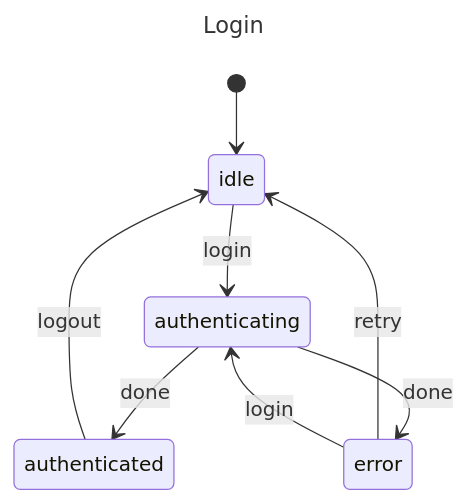
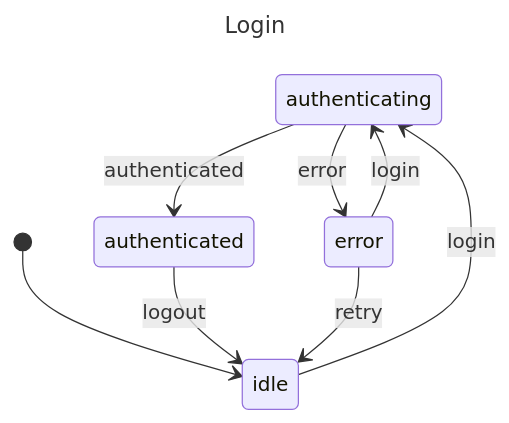
Before and after one commit to Masquerade-Circus/x-robot: the second of 2 diagrams in docs/recipes/login-flow.md, drawn with Mermaid. The commit also changed other lines of this file and 145 other files, not shown here.

Commit message:
refactor: regenerate docs and mermaid implementation

````diff
--- a/docs/recipes/login-flow.md
+++ b/docs/recipes/login-flow.md
@@ -59,27 +93,30 @@
 ```mermaid
 ---
 title: Login
 ---
 
 stateDiagram-v2
 
 classDef danger fill:#f8d7da,stroke:#721c24,stroke-width:2px,text-align:left,color:#721c24
 classDef warning fill:#fff3cd,stroke:#856404,stroke-width:2px,text-align:left,color:#856404
 classDef success fill:#d4edda,stroke:#155724,stroke-width:2px,text-align:left,color:#155724
 classDef primary fill:#cce5ff,stroke:#004085,stroke-width:2px,text-align:left,color:#004085
 classDef info fill:#d1ecf1,stroke:#0c5460,stroke-width:2px,text-align:left,color:#0c5460
 classDef def fill:#f8f9fa,stroke:#6c757d,stroke-width:2px,text-align:left,color:#6c757d
 
 state idle
 state authenticating
 state authenticated
 state error
 
+authenticating:  
+
 [*] --> idle
 idle --> authenticating: login
-authenticating --> authenticated: done
-authenticating --> error: done
+authenticating --> authenticated: authenticated
+authenticating --> error: error
 authenticated --> idle: logout
 error --> idle: retry
 error --> authenticating: login
+
 ```
````
